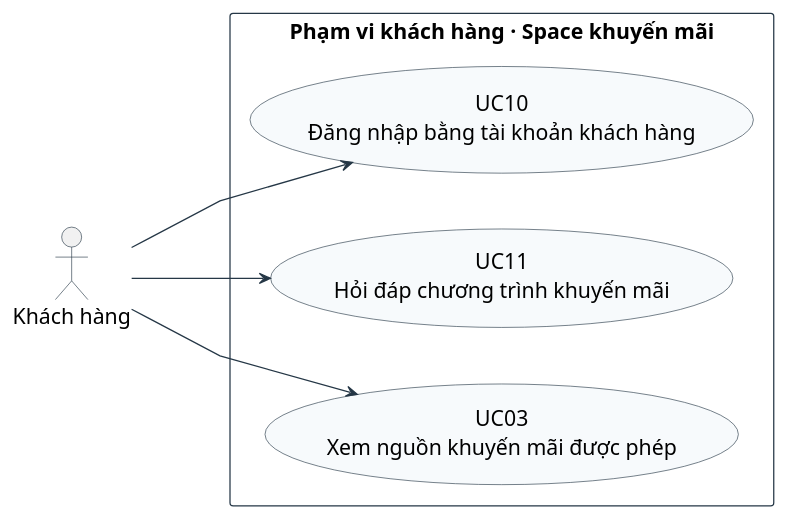
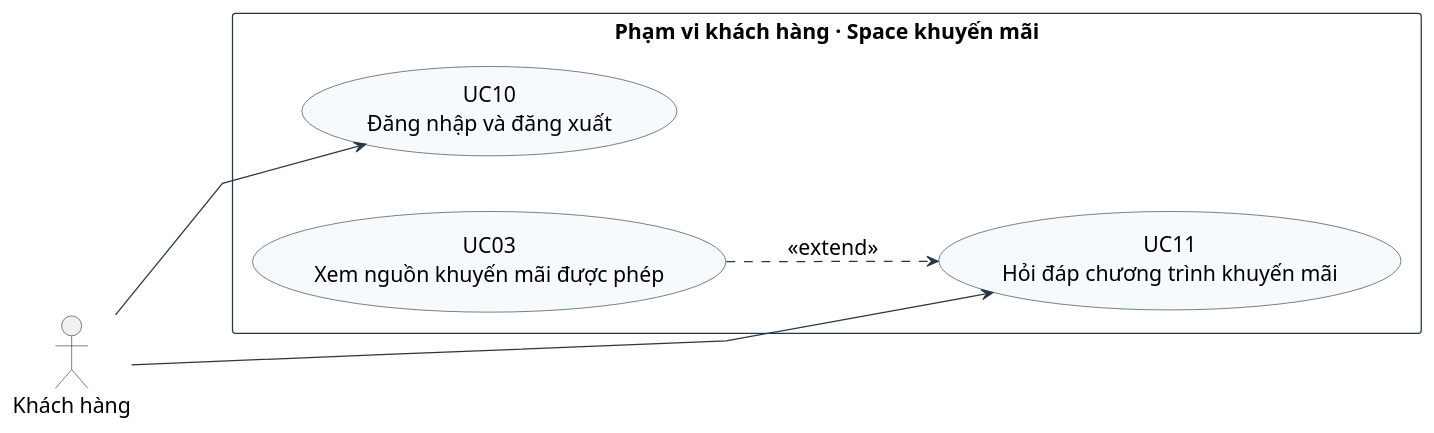
The diagram in docs/use-cases/diagrams/03-usecase-khach-hang.puml (21tuoino12trieu/Do-An-Ki-Su), drawn with PlantUML before and after one commit. The commit also changed 11 other files, not shown here.

```diff
--- a/docs/use-cases/diagrams/03-usecase-khach-hang.puml
+++ b/docs/use-cases/diagrams/03-usecase-khach-hang.puml
@@ -1,26 +1,26 @@
 @startuml 03-usecase-khach-hang
 
 left to right direction
 skinparam shadowing false
 skinparam linetype polyline
 skinparam nodesep 45
 skinparam ranksep 95
 skinparam defaultFontName Arial
 skinparam defaultFontSize 17
 skinparam actorStyle stickman
 skinparam BackgroundColor white
 skinparam ArrowColor #253746
 skinparam usecaseBackgroundColor #F7FAFC
 skinparam usecaseBorderColor #253746
 skinparam rectangleBorderColor #253746
 skinparam actorBorderColor #253746
 actor "Khách hàng" as KH
 rectangle "Phạm vi khách hàng · Space khuyến mãi" as CUSTOMER {
-  usecase "UC10\nĐăng nhập bằng tài khoản khách hàng" as K10
+  usecase "UC10\nĐăng nhập và đăng xuất" as K10
   usecase "UC11\nHỏi đáp chương trình khuyến mãi" as K11
   usecase "UC03\nXem nguồn khuyến mãi được phép" as K03
 }
 KH --> K10
 KH --> K11
-KH --> K03
+K03 ..> K11 : <<extend>>
 @enduml
```
